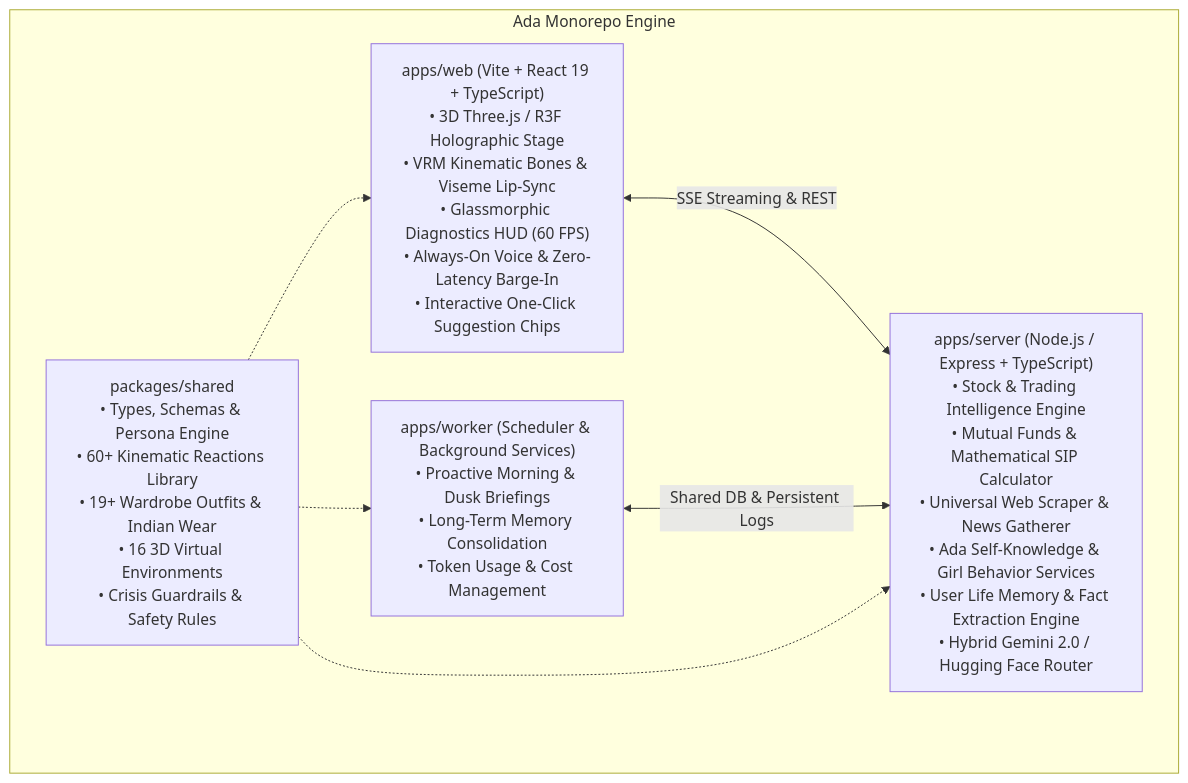
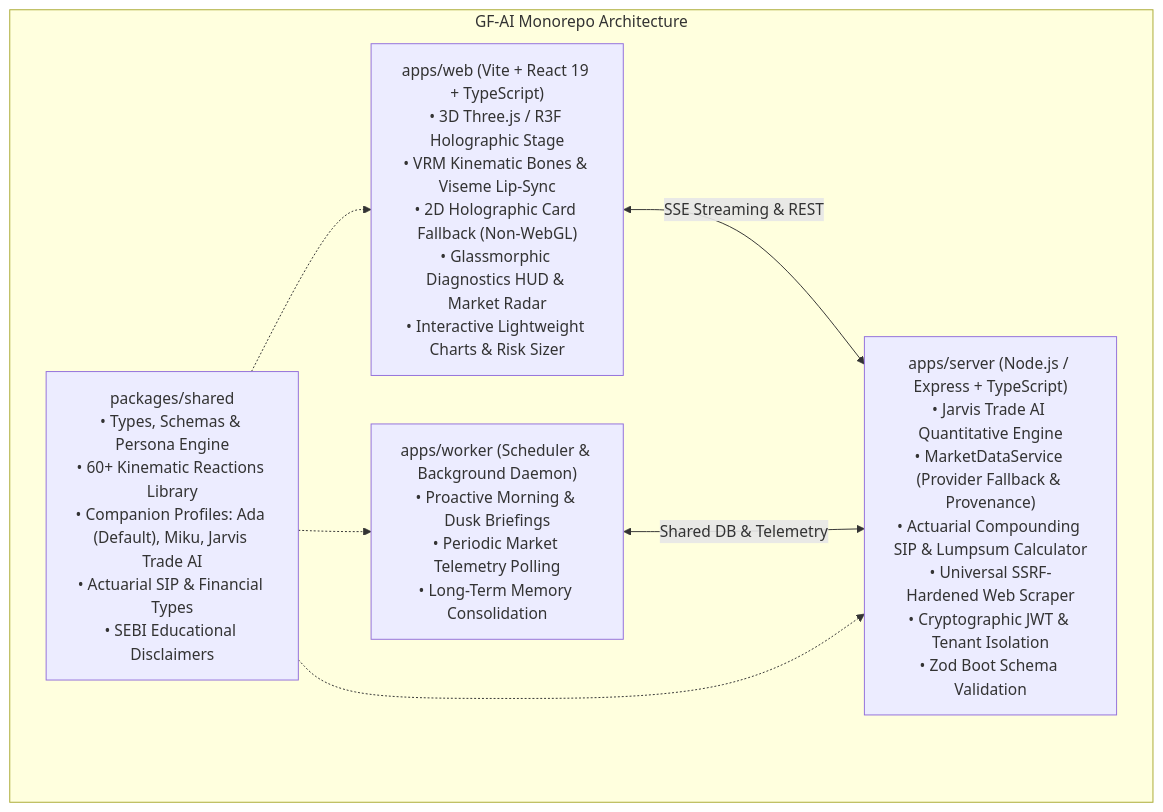
Before and after one commit to priyanrajj-hub/GF-AI: the diagram in README.md, drawn with Mermaid. The commit also changed other lines of this file and 23 other files, not shown here.

Commit message:
feat(quant): wire Jarvis Trade AI quantitative brain, actuarial SIP engine, and attack regression suite

````diff
--- a/README.md
+++ b/README.md
@@ -33,15 +37,15 @@
 ```mermaid
 flowchart TB
-    subgraph Monorepo["Ada Monorepo Engine"]
-        Shared["packages/shared<br/>• Types, Schemas & Persona Engine<br/>• 60+ Kinematic Reactions Library<br/>• 19+ Wardrobe Outfits & Indian Wear<br/>• 16 3D Virtual Environments<br/>• Crisis Guardrails & Safety Rules"]
-        Web["apps/web (Vite + React 19 + TypeScript)<br/>• 3D Three.js / R3F Holographic Stage<br/>• VRM Kinematic Bones & Viseme Lip-Sync<br/>• Glassmorphic Diagnostics HUD (60 FPS)<br/>• Always-On Voice & Zero-Latency Barge-In<br/>• Interactive One-Click Suggestion Chips"]
-        Server["apps/server (Node.js / Express + TypeScript)<br/>• Stock & Trading Intelligence Engine<br/>• Mutual Funds & Mathematical SIP Calculator<br/>• Universal Web Scraper & News Gatherer<br/>• Ada Self-Knowledge & Girl Behavior Services<br/>• User Life Memory & Fact Extraction Engine<br/>• Hybrid Gemini 2.0 / Hugging Face Router"]
-        Worker["apps/worker (Scheduler & Background Services)<br/>• Proactive Morning & Dusk Briefings<br/>• Long-Term Memory Consolidation<br/>• Token Usage & Cost Management"]
+    subgraph Monorepo["GF-AI Monorepo Architecture"]
+        Shared["packages/shared<br/>• Types, Schemas & Persona Engine<br/>• 60+ Kinematic Reactions Library<br/>• Companion Profiles: Ada (Default), Miku, Jarvis Trade AI<br/>• Actuarial SIP & Financial Types<br/>• SEBI Educational Disclaimers"]
+        Web["apps/web (Vite + React 19 + TypeScript)<br/>• 3D Three.js / R3F Holographic Stage<br/>• VRM Kinematic Bones & Viseme Lip-Sync<br/>• 2D Holographic Card Fallback (Non-WebGL)<br/>• Glassmorphic Diagnostics HUD & Market Radar<br/>• Interactive Lightweight Charts & Risk Sizer"]
+        Server["apps/server (Node.js / Express + TypeScript)<br/>• Jarvis Trade AI Quantitative Engine<br/>• MarketDataService (Provider Fallback & Provenance)<br/>• Actuarial Compounding SIP & Lumpsum Calculator<br/>• Universal SSRF-Hardened Web Scraper<br/>• Cryptographic JWT & Tenant Isolation<br/>• Zod Boot Schema Validation"]
+        Worker["apps/worker (Scheduler & Background Daemon)<br/>• Proactive Morning & Dusk Briefings<br/>• Periodic Market Telemetry Polling<br/>• Long-Term Memory Consolidation"]
     end
 
     Web <-->|"SSE Streaming & REST"| Server
-    Worker <-->|"Shared DB & Persistent Logs"| Server
+    Worker <-->|"Shared DB & Telemetry"| Server
     Shared -.-> Web
     Shared -.-> Server
     Shared -.-> Worker
 ```
````
